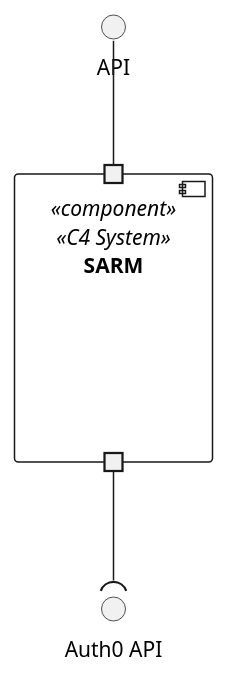
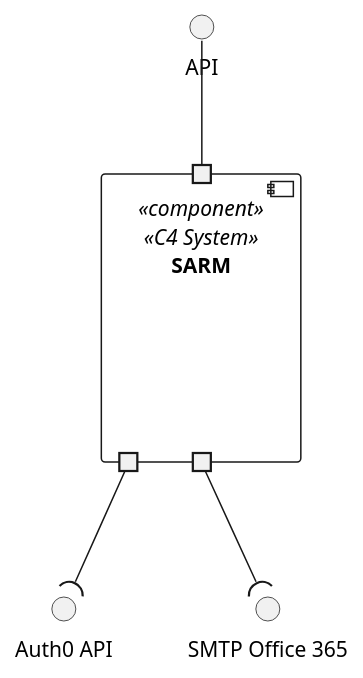
One commit to 1220846/sem5pi-24-25-3ddg20 changed the diagram in docs/views/level1/logic-view.puml. Above: the diagram before and after it, drawn with PlantUML. The commit also changed 9 other files, not shown here.

```diff
--- a/docs/views/level1/logic-view.puml
+++ b/docs/views/level1/logic-view.puml
@@ -1,15 +1,18 @@
 @startuml logic-view
 top to bottom direction
 
 interface "API" as API
 interface "Auth0 API" as A0API
+interface "SMTP Office 365" as SMTP_Office_365
 
 component "SARM" <<component>> <<C4 System>> {
     portin " " as PI
     portout " " as PI1
+    portout " " as PI2
 }
 
 API -- PI
 PI1 --( A0API
+PI2 --( SMTP_Office_365
 
 @enduml
```
